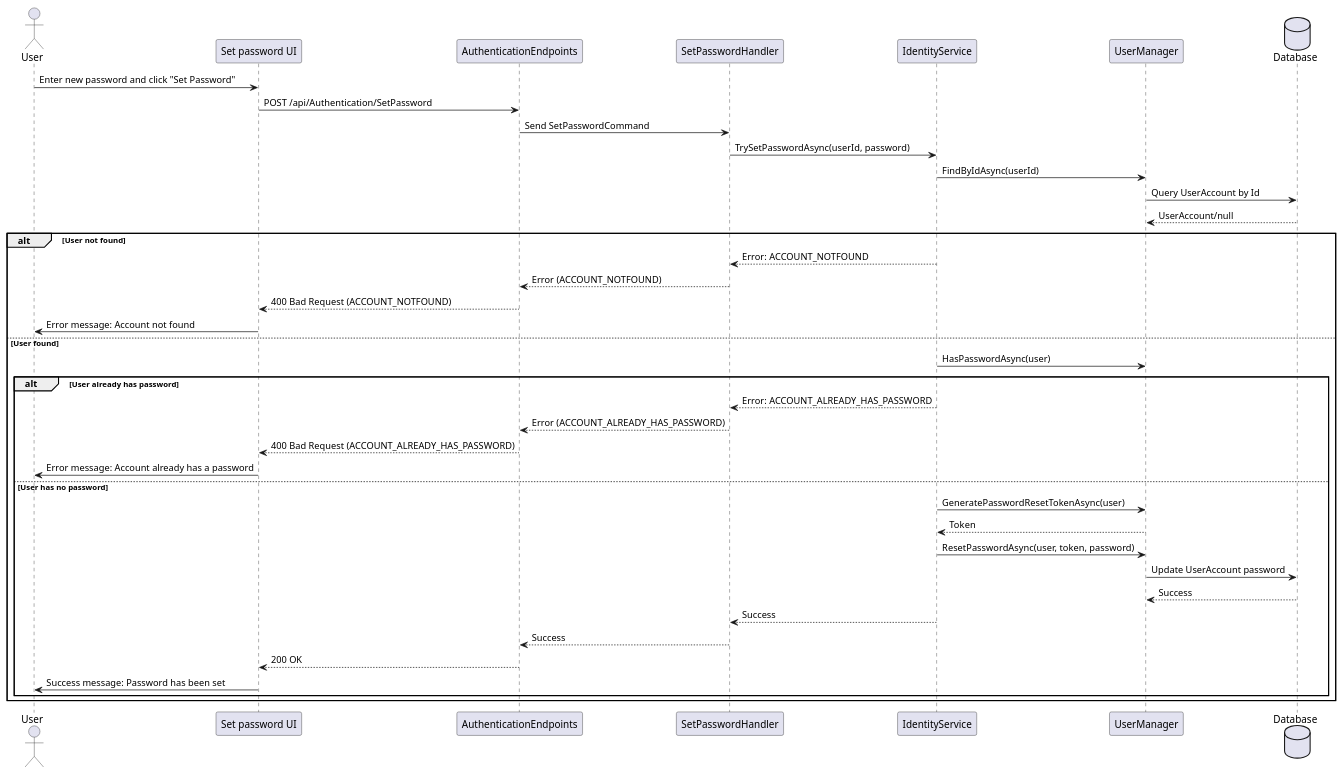
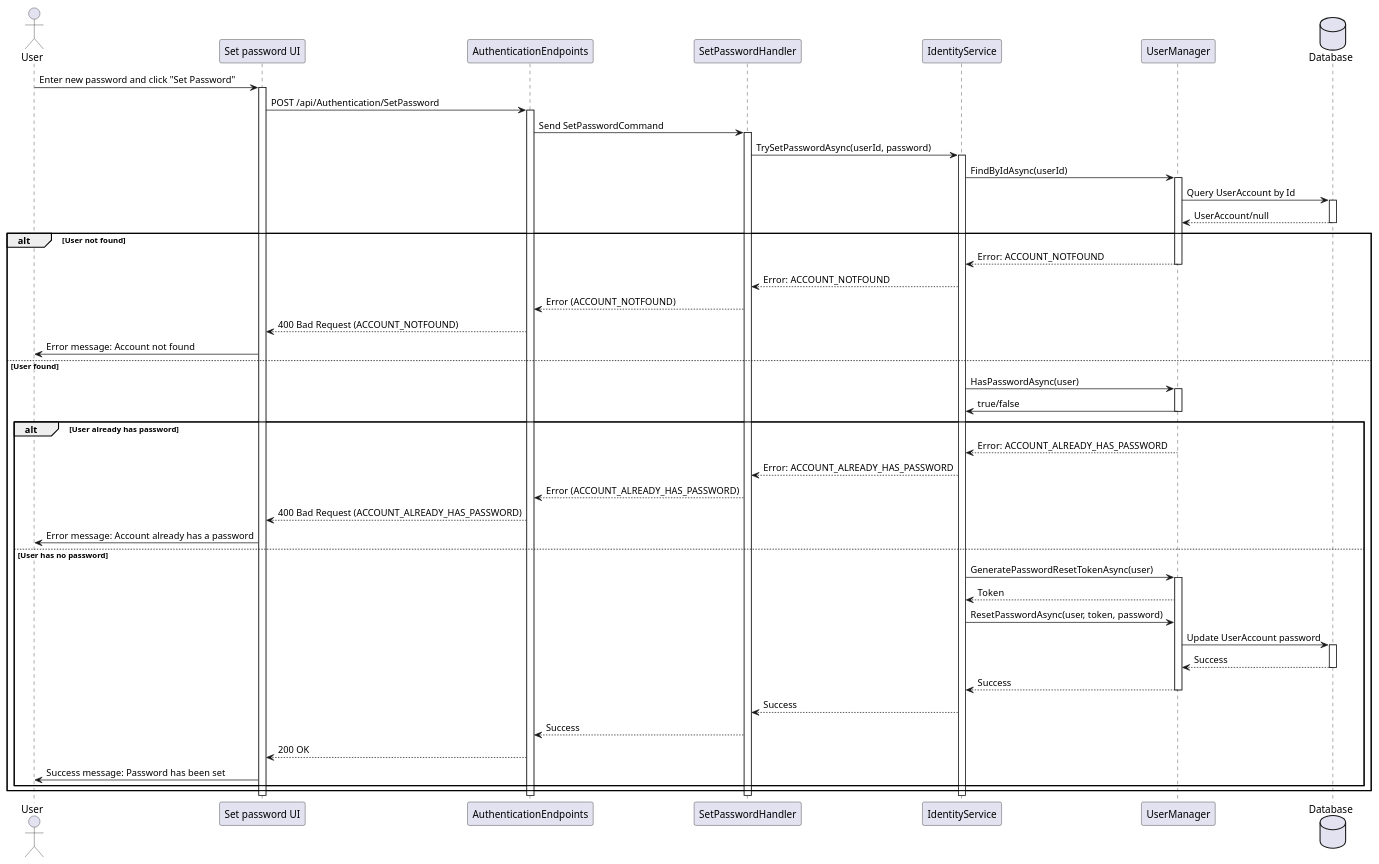
The diagram in authentication/sequence/11_SetPassword.puml (thanhkhac/SEP_Diagram), drawn with PlantUML before and after one commit. The commit also changed 4 other files, not shown here.

Commit message:
Add activation and deactivation steps to sequence diagrams

```diff
--- a/authentication/sequence/11_SetPassword.puml
+++ b/authentication/sequence/11_SetPassword.puml
@@ -1,42 +1,64 @@
 @startuml
 actor User
 participant "Set password UI" as UI
 participant AuthenticationEndpoints
 participant SetPasswordHandler
 participant IdentityService
 participant UserManager
 Database Database
 
 User -> UI : Enter new password and click "Set Password"
+activate UI
 UI -> AuthenticationEndpoints : POST /api/Authentication/SetPassword
+activate AuthenticationEndpoints
 AuthenticationEndpoints -> SetPasswordHandler : Send SetPasswordCommand
+activate SetPasswordHandler
 SetPasswordHandler -> IdentityService : TrySetPasswordAsync(userId, password)
+activate IdentityService
 IdentityService -> UserManager : FindByIdAsync(userId)
+activate UserManager
 UserManager -> Database : Query UserAccount by Id
+activate Database
 Database --> UserManager : UserAccount/null
-
+deactivate Database
 alt User not found
+    UserManager --> IdentityService : Error: ACCOUNT_NOTFOUND
+    deactivate UserManager
     IdentityService --> SetPasswordHandler : Error: ACCOUNT_NOTFOUND
     SetPasswordHandler --> AuthenticationEndpoints : Error (ACCOUNT_NOTFOUND)
     AuthenticationEndpoints --> UI : 400 Bad Request (ACCOUNT_NOTFOUND)
     UI -> User : Error message: Account not found
 else User found
     IdentityService -> UserManager : HasPasswordAsync(user)
+    activate UserManager
+    UserManager -> IdentityService: true/false
+    deactivate UserManager
     alt User already has password
+        UserManager --> IdentityService : Error: ACCOUNT_ALREADY_HAS_PASSWORD
+        
         IdentityService --> SetPasswordHandler : Error: ACCOUNT_ALREADY_HAS_PASSWORD
         SetPasswordHandler --> AuthenticationEndpoints : Error (ACCOUNT_ALREADY_HAS_PASSWORD)
         AuthenticationEndpoints --> UI : 400 Bad Request (ACCOUNT_ALREADY_HAS_PASSWORD)
         UI -> User : Error message: Account already has a password
     else User has no password
         IdentityService -> UserManager : GeneratePasswordResetTokenAsync(user)
+        activate UserManager
         UserManager --> IdentityService : Token
         IdentityService -> UserManager : ResetPasswordAsync(user, token, password)
         UserManager -> Database : Update UserAccount password
+        activate Database
         Database --> UserManager : Success
+        deactivate Database
+        UserManager --> IdentityService : Success
+        deactivate UserManager
         IdentityService --> SetPasswordHandler : Success
         SetPasswordHandler --> AuthenticationEndpoints : Success
         AuthenticationEndpoints --> UI : 200 OK
         UI -> User : Success message: Password has been set
     end
 end
+deactivate IdentityService
+deactivate SetPasswordHandler
+deactivate AuthenticationEndpoints
+deactivate UI
 @enduml
```
